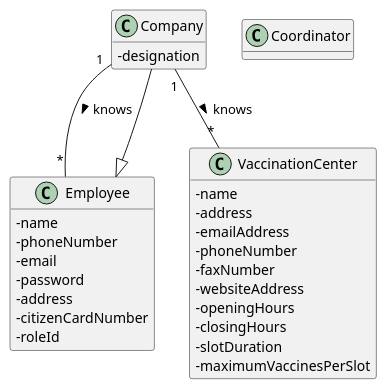
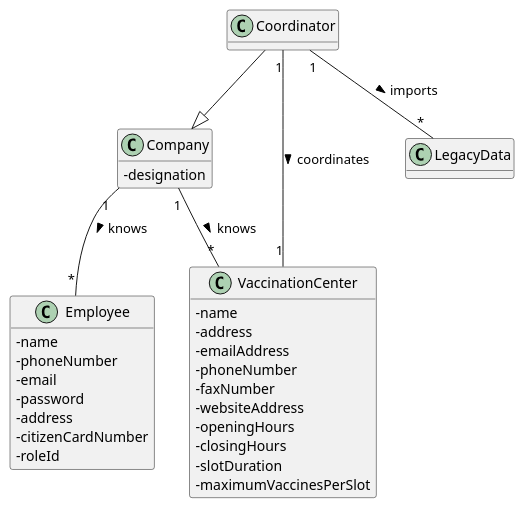
Before and after one commit to miseEnPlace-i/lapr2: the diagram in docs/SprintD/US17/DM/US17_DM.puml, drawn with PlantUML. The commit also changed 2 other files, not shown here.

```diff
--- a/docs/SprintD/US17/DM/US17_DM.puml
+++ b/docs/SprintD/US17/DM/US17_DM.puml
@@ -1,40 +1,44 @@
 @startuml US17_DM
 hide methods
 ' left to right direction
 skinparam classAttributeIconSize 0
 
 class Company {
   - designation
 }
 
 class Coordinator {}
 
 class Employee {
   - name
   - phoneNumber
   - email
   - password
   - address
   - citizenCardNumber
   - roleId
 }
 
 class VaccinationCenter {
   - name
   - address
   - emailAddress
   - phoneNumber
   - faxNumber
   - websiteAddress
   - openingHours
   - closingHours
   - slotDuration
   - maximumVaccinesPerSlot
 }
 
+class LegacyData {}
 
 Company "1" -- "*" Employee : knows >
 Company "1" -- "*" VaccinationCenter : knows >
-Employee <|-- Company
+
+Coordinator --|> Company
+Coordinator "1" -- "1" VaccinationCenter : coordinates >
+Coordinator "1" -- "*" LegacyData : imports >
 
 @enduml
```
